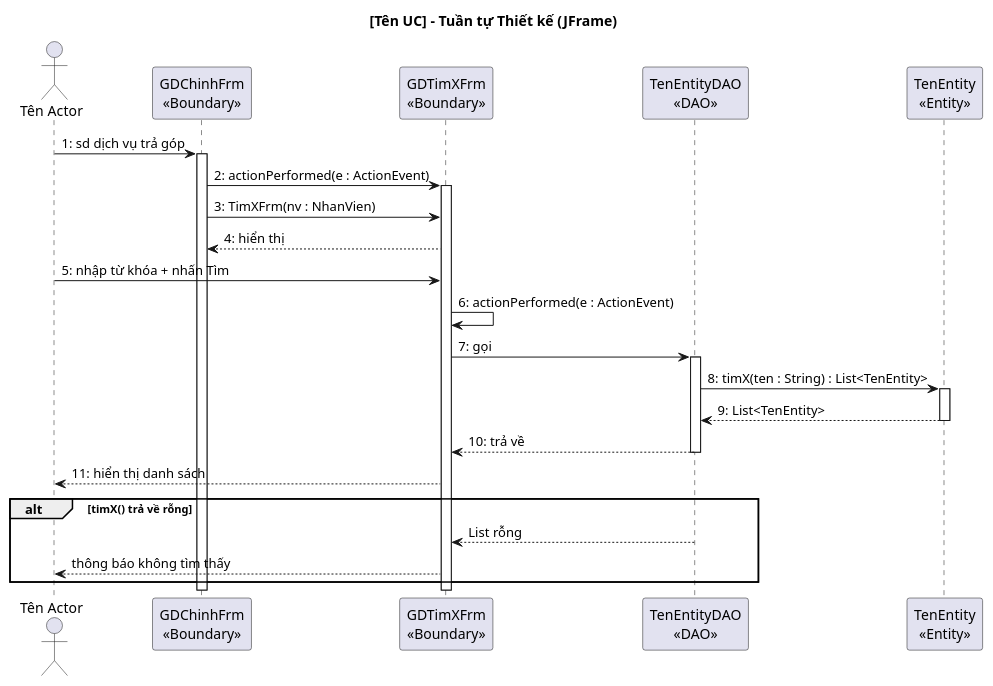
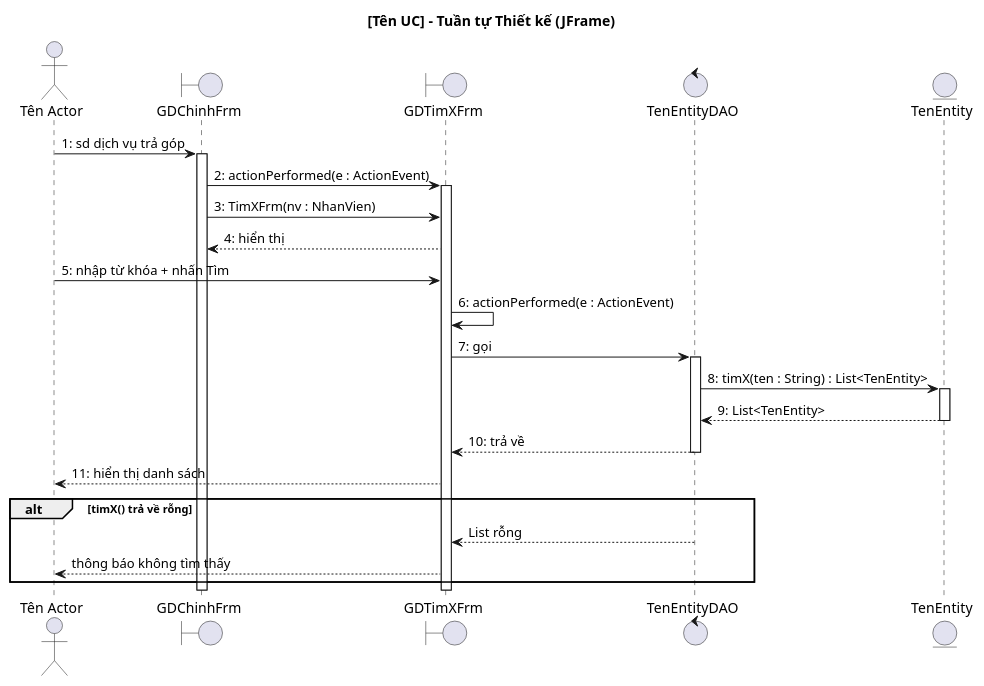
The first of 2 diagrams in .claude/skills/cnpm/references/iii.4_tuantu_thietke.md (thanhtrnnn/cnpm), drawn with PlantUML before and after one commit. The commit also changed other lines of this file and 1 other file, not shown here.

Commit message:
fix: use boundary/entity/control for circle notation in sequences
- SKILL.md: document boundary/entity/control declarations
- ii.4: use boundary/entity instead of participant with stereotypes
- iii.4: use boundary/control/entity for both JFrame and React MVC
- Activation bar blue via skinparam SequenceLifeLineBackgroundColor

````diff
--- a/.claude/skills/cnpm/references/iii.4_tuantu_thietke.md
+++ b/.claude/skills/cnpm/references/iii.4_tuantu_thietke.md
@@ -55,34 +55,34 @@
 ```plantuml
 @startuml
 title [Tên UC] – Tuần tự Thiết kế (JFrame)
 
 actor "Tên Actor" as Actor
-participant "GDChinhFrm\n<<Boundary>>" as B0
-participant "GDTimXFrm\n<<Boundary>>" as B1
-participant "TenEntityDAO\n<<DAO>>" as DAO
-participant "TenEntity\n<<Entity>>" as E
+boundary GDChinhFrm
+boundary GDTimXFrm
+control TenEntityDAO
+entity TenEntity
 
-Actor -> B0 : 1: sd dịch vụ trả góp
-activate B0
-B0 -> B1 : 2: actionPerformed(e : ActionEvent)
-activate B1
-B0 -> B1 : 3: TimXFrm(nv : NhanVien)
-B1 --> B0 : 4: hiển thị
-Actor -> B1 : 5: nhập từ khóa + nhấn Tìm
-B1 -> B1 : 6: actionPerformed(e : ActionEvent)
-B1 -> DAO : 7: gọi
-activate DAO
-DAO -> E : 8: timX(ten : String) : List<TenEntity>
-activate E
-E --> DAO : 9: List<TenEntity>
-deactivate E
-DAO --> B1 : 10: trả về
-deactivate DAO
-B1 --> Actor : 11: hiển thị danh sách
+Actor -> GDChinhFrm : 1: sd dịch vụ trả góp
+activate GDChinhFrm
+GDChinhFrm -> GDTimXFrm : 2: actionPerformed(e : ActionEvent)
+activate GDTimXFrm
+GDChinhFrm -> GDTimXFrm : 3: TimXFrm(nv : NhanVien)
+GDTimXFrm --> GDChinhFrm : 4: hiển thị
+Actor -> GDTimXFrm : 5: nhập từ khóa + nhấn Tìm
+GDTimXFrm -> GDTimXFrm : 6: actionPerformed(e : ActionEvent)
+GDTimXFrm -> TenEntityDAO : 7: gọi
+activate TenEntityDAO
+TenEntityDAO -> TenEntity : 8: timX(ten : String) : List<TenEntity>
+activate TenEntity
+TenEntity --> TenEntityDAO : 9: List<TenEntity>
+deactivate TenEntity
+TenEntityDAO --> GDTimXFrm : 10: trả về
+deactivate TenEntityDAO
+GDTimXFrm --> Actor : 11: hiển thị danh sách
 
 alt timX() trả về rỗng
-  DAO --> B1 : List rỗng
-  B1 --> Actor : thông báo không tìm thấy
+  TenEntityDAO --> GDTimXFrm : List rỗng
+  GDTimXFrm --> Actor : thông báo không tìm thấy
 end
 @enduml
 ```
````
